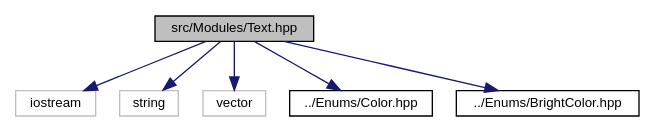
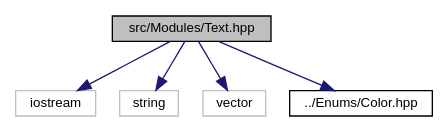
The diagram in doc/Text_8hpp__incl.dot (smejkalpetr/lib-ansi), drawn with Graphviz before and after one commit. The commit also changed 117 other files, not shown here.

```diff
--- a/doc/Text_8hpp__incl.dot
+++ b/doc/Text_8hpp__incl.dot
@@ -1,17 +1,15 @@
 digraph "src/Modules/Text.hpp"
 {
  // LATEX_PDF_SIZE
   edge [fontname="Helvetica",fontsize="10",labelfontname="Helvetica",labelfontsize="10"];
   node [fontname="Helvetica",fontsize="10",shape=record];
   Node1 [label="src/Modules/Text.hpp",height=0.2,width=0.4,color="black", fillcolor="grey75", style="filled", fontcolor="black",tooltip=" "];
   Node1 -> Node2 [color="midnightblue",fontsize="10",style="solid",fontname="Helvetica"];
   Node2 [label="iostream",height=0.2,width=0.4,color="grey75", fillcolor="white", style="filled",tooltip=" "];
   Node1 -> Node3 [color="midnightblue",fontsize="10",style="solid",fontname="Helvetica"];
   Node3 [label="string",height=0.2,width=0.4,color="grey75", fillcolor="white", style="filled",tooltip=" "];
   Node1 -> Node4 [color="midnightblue",fontsize="10",style="solid",fontname="Helvetica"];
   Node4 [label="vector",height=0.2,width=0.4,color="grey75", fillcolor="white", style="filled",tooltip=" "];
   Node1 -> Node5 [color="midnightblue",fontsize="10",style="solid",fontname="Helvetica"];
   Node5 [label="../Enums/Color.hpp",height=0.2,width=0.4,color="black", fillcolor="white", style="filled",URL="$Color_8hpp.html",tooltip=" "];
-  Node1 -> Node6 [color="midnightblue",fontsize="10",style="solid",fontname="Helvetica"];
-  Node6 [label="../Enums/BrightColor.hpp",height=0.2,width=0.4,color="black", fillcolor="white", style="filled",URL="$BrightColor_8hpp.html",tooltip=" "];
 }
```
